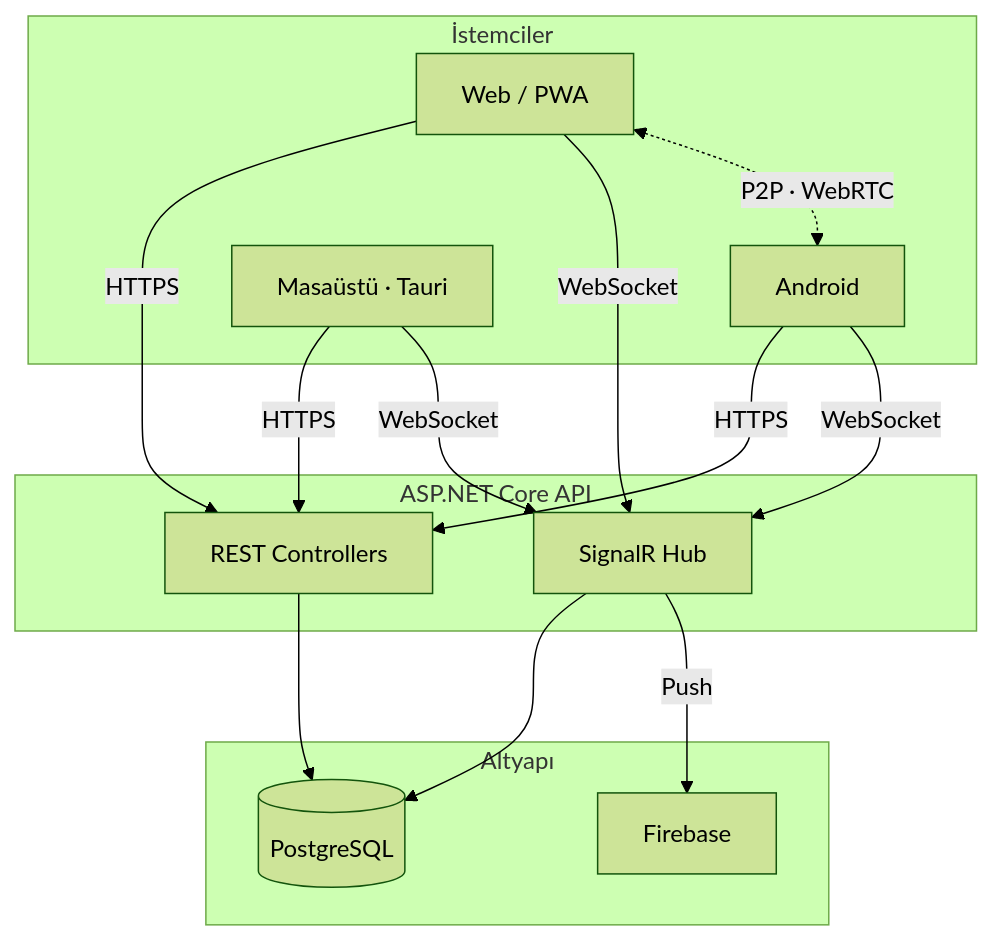
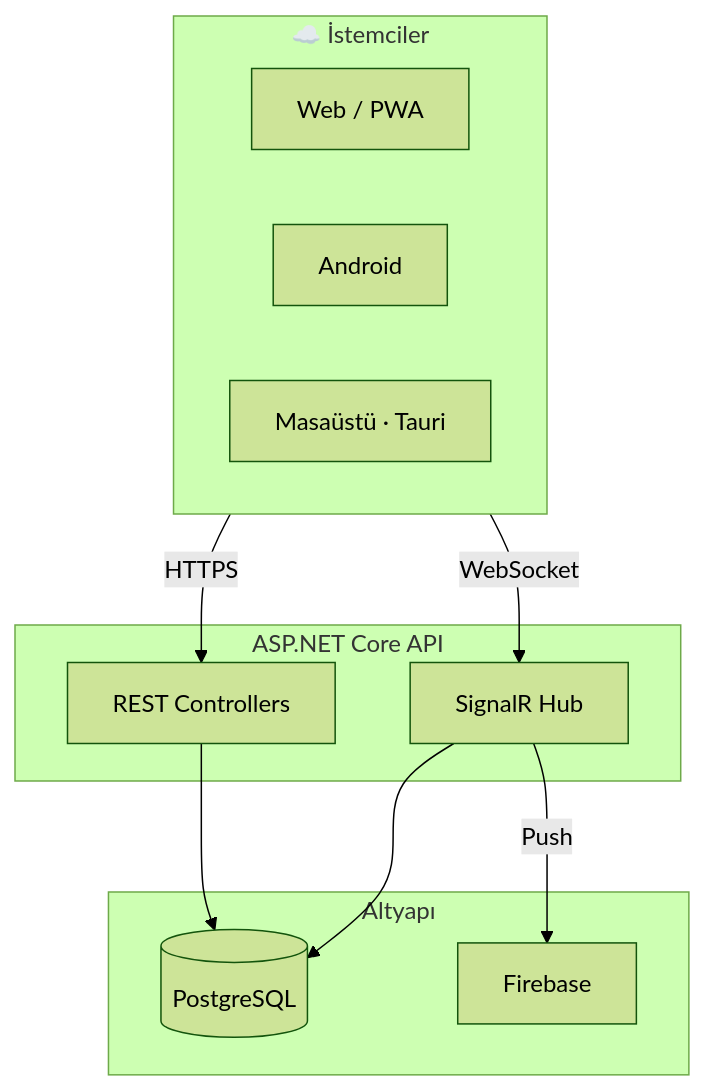
The diagram in README.md (eminnates/Chatter), drawn with Mermaid (forest theme) before and after one commit.

Commit message:
fix: update readme schema for better visibility

````diff
--- a/README.md
+++ b/README.md
@@ -274,32 +274,25 @@
 ```mermaid
 graph TD
-    subgraph clients["İstemciler"]
+    subgraph clients["☁️ İstemciler"]
         W[Web / PWA]
         AN[Android]
         DE[Masaüstü · Tauri]
     end
 
     subgraph api["ASP.NET Core API"]
         C[REST Controllers]
         H[SignalR Hub]
     end
 
     subgraph infra["Altyapı"]
         DB[(PostgreSQL)]
         FCM[Firebase]
     end
 
-    W  -->|HTTPS| C
-    AN -->|HTTPS| C
-    DE -->|HTTPS| C
-
-    W  -->|WebSocket| H
-    AN -->|WebSocket| H
-    DE -->|WebSocket| H
-
-    W <-.->|P2P · WebRTC| AN
+    clients -->|HTTPS| C
+    clients -->|WebSocket| H
 
     C --> DB
     H --> DB
     H -->|Push| FCM
 ```
````
